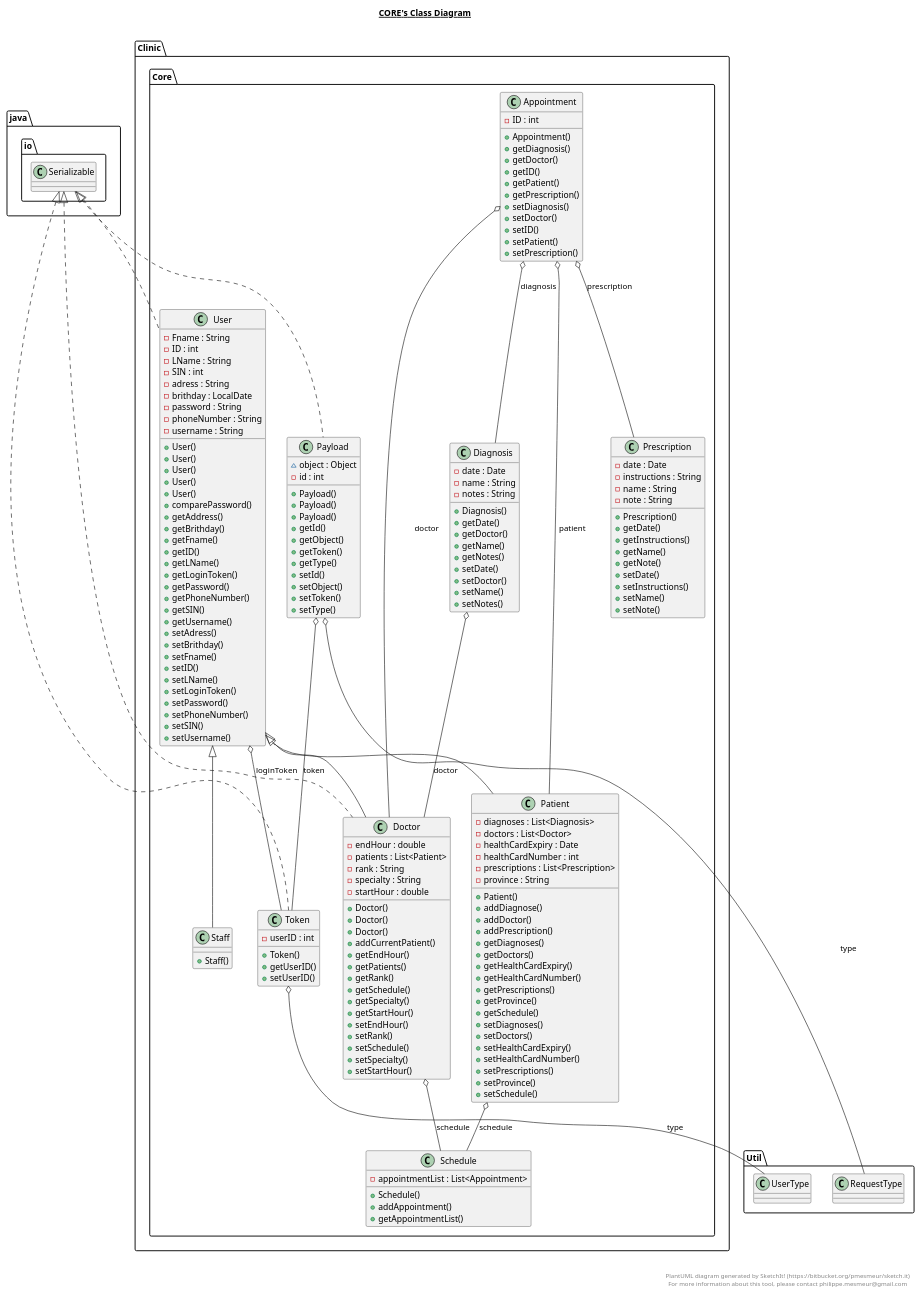
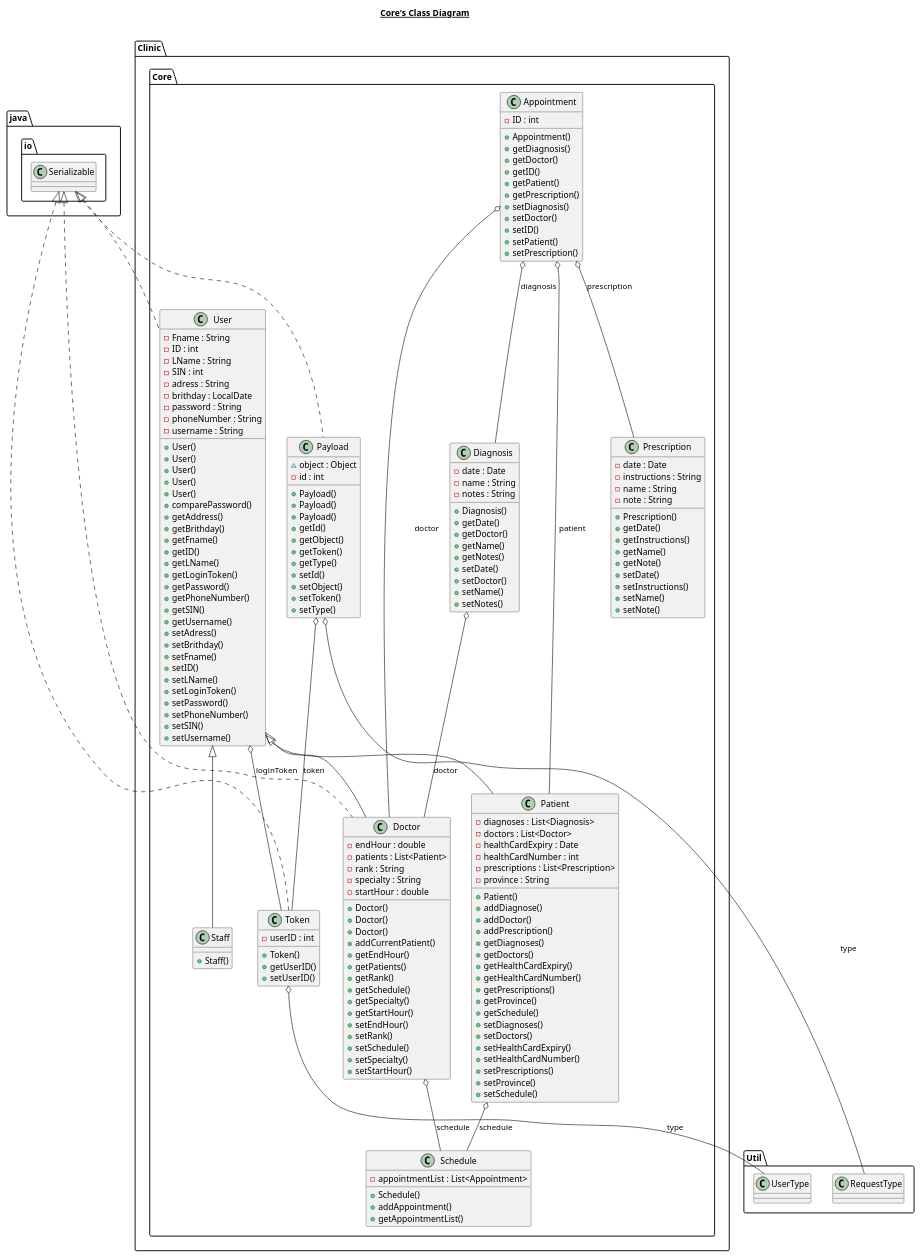
The diagram in src/Clinic/Core/Core.plantuml (AidanJohnston/Omar), drawn with PlantUML before and after one commit. The commit also changed 5 other files, not shown here.

Commit message:
Updated uml

```diff
--- a/src/Clinic/Core/Core.plantuml
+++ b/src/Clinic/Core/Core.plantuml
@@ -1,6 +1,6 @@
 @startuml
 
-title __CORE's Class Diagram__\n
+title __Core's Class Diagram__\n
 
   namespace Clinic.Core {
     class Clinic.Core.Appointment {
@@ -220,11 +220,4 @@
   Clinic.Core.User o-- Clinic.Core.Token : loginToken
 
 
-right footer
-
-
-PlantUML diagram generated by SketchIt! (https://bitbucket.org/pmesmeur/sketch.it)
-For more information about this tool, please contact philippe.mesmeur@gmail.com
-endfooter
-
 @enduml
```
